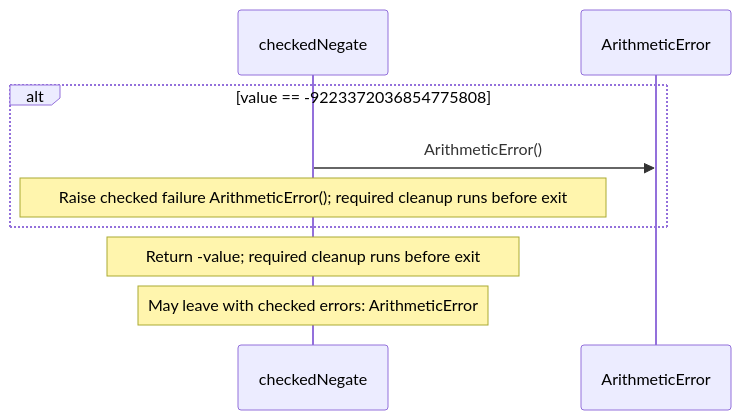
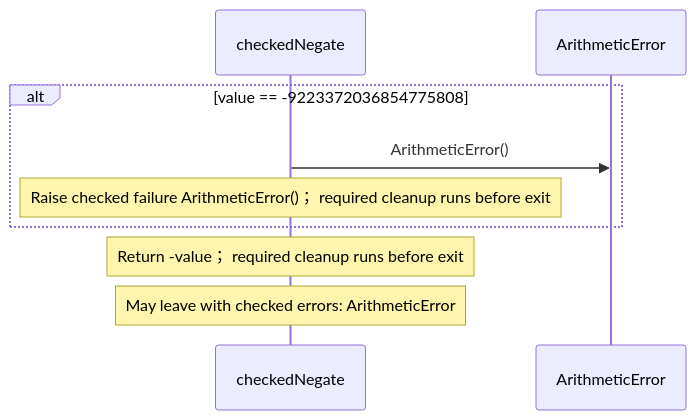
The sixth of 8 diagrams in src/stdlib/math/integers.aug.diagrams.md (GreenPandaStudios/augscript), drawn with Mermaid before and after one commit. The commit also changed other lines of this file and 524 other files, not shown here.

Commit message:
Explain checked data flow at folder and service levels

````diff
--- a/src/stdlib/math/integers.aug.diagrams.md
+++ b/src/stdlib/math/integers.aug.diagrams.md
@@ -139,11 +136,11 @@
 ```mermaid
 sequenceDiagram
     participant p0 as checkedNegate
     participant p1 as ArithmeticError
     alt value == -9223372036854775808
     p0->>p1: ArithmeticError()
-    Note over p0: Raise checked failure ArithmeticError()#59; required cleanup runs before exit
+    Note over p0: Raise checked failure ArithmeticError()； required cleanup runs before exit
     end
-    Note over p0: Return -value#59; required cleanup runs before exit
+    Note over p0: Return -value； required cleanup runs before exit
     Note over p0: May leave with checked errors: ArithmeticError
 ```
````
